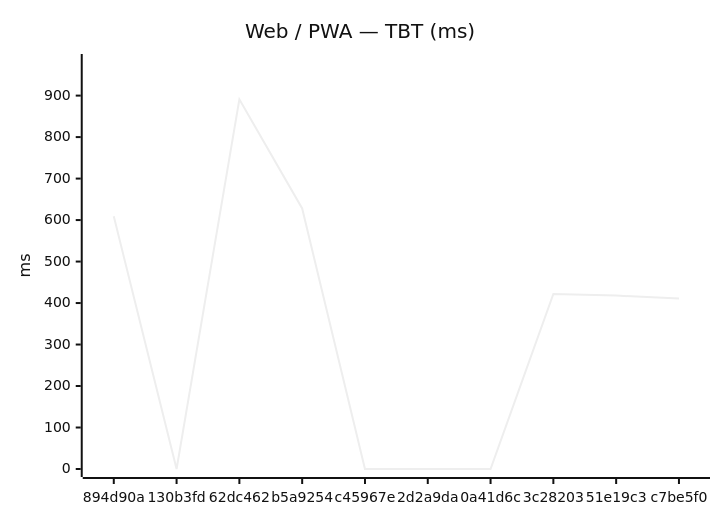
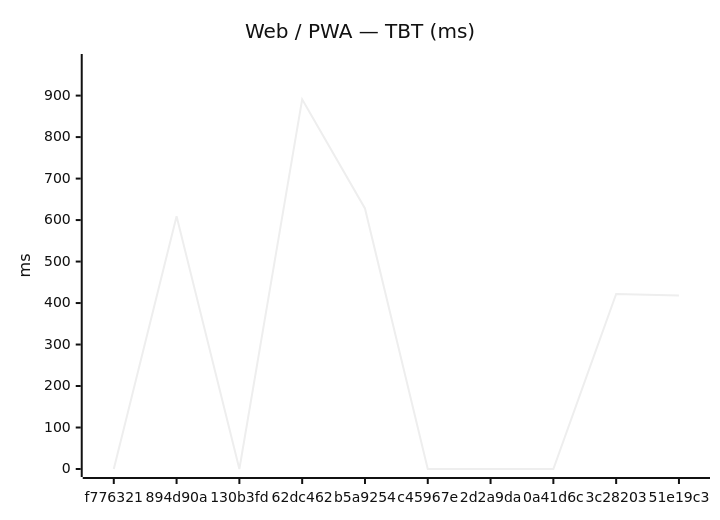
The second of 18 diagrams in benchmarks/compare.md (Metaheurist/Rianell), drawn with Mermaid (neutral theme) before and after one commit. The commit also changed other lines of this file and 11 other files, not shown here.

````diff
--- a/benchmarks/compare.md
+++ b/benchmarks/compare.md
@@ -31,7 +31,7 @@
 ```mermaid
 xychart-beta
     title "Web / PWA — TBT (ms)"
-    x-axis ["894d90a", "130b3fd", "62dc462", "b5a9254", "c45967e", "2d2a9da", "0a41d6c", "3c28203", "51e19c3", "c7be5f0"]
+    x-axis ["f776321", "894d90a", "130b3fd", "62dc462", "b5a9254", "c45967e", "2d2a9da", "0a41d6c", "3c28203", "51e19c3"]
     y-axis "ms" 0 --> 981
-    line [609, 0, 891, 628, 0, 0, 0, 422, 418, 411]
+    line [0, 609, 0, 891, 628, 0, 0, 0, 422, 418]
 ```
````
